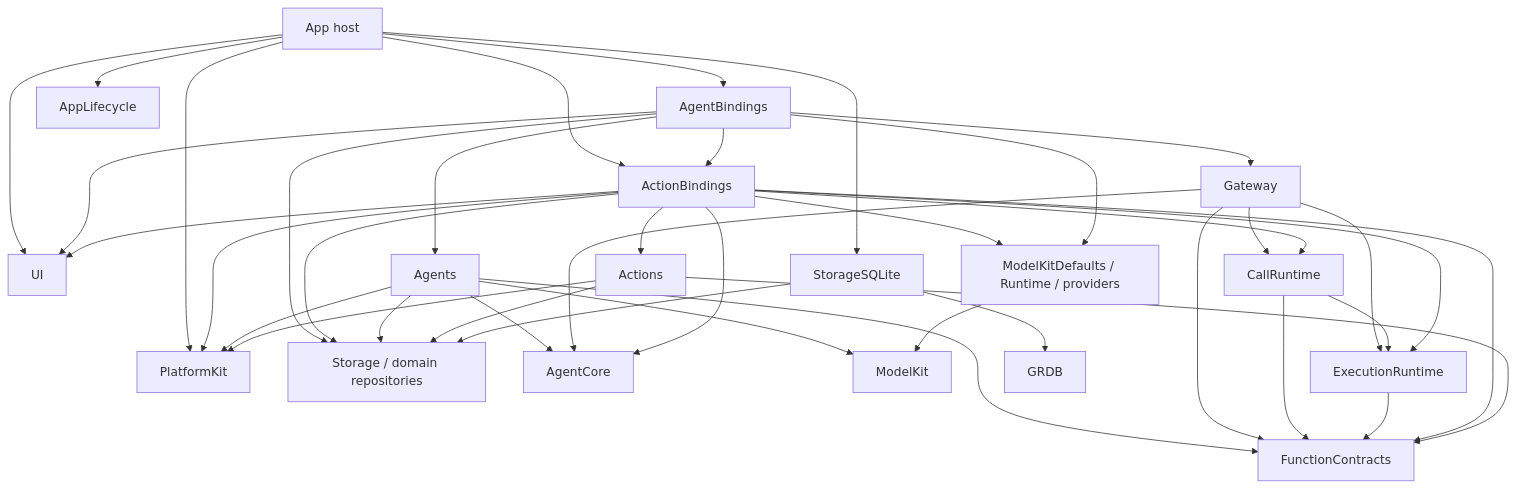
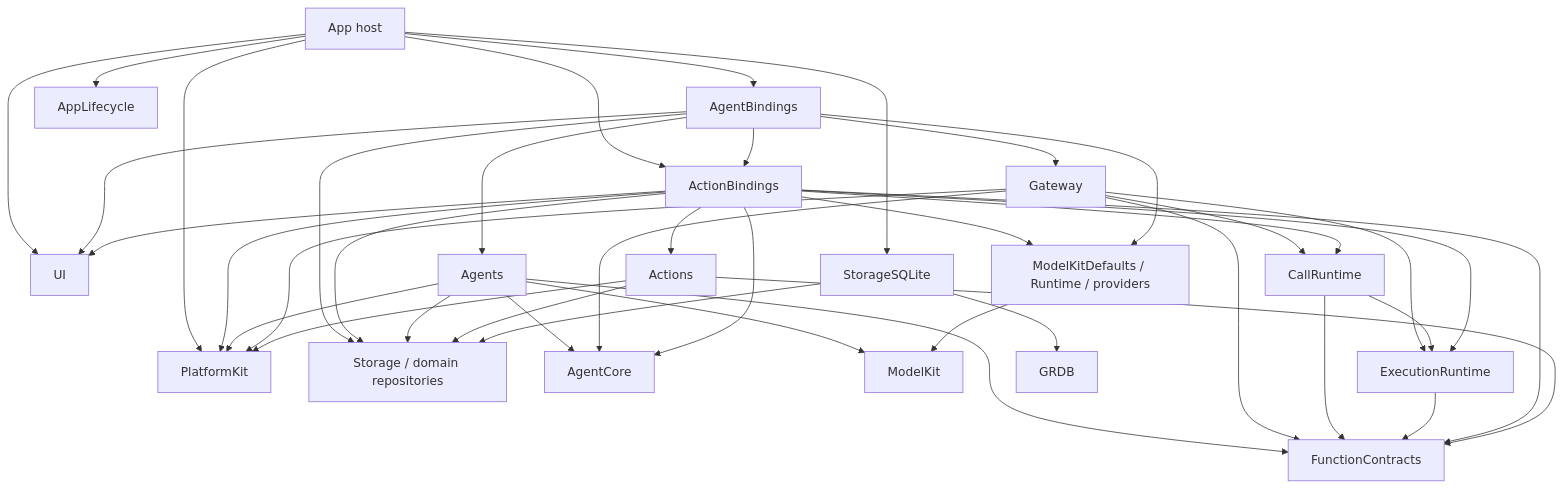
The third of 33 diagrams in MobileHarness/README.md (devilyouwei/MobileHarness), drawn with Mermaid before and after one commit. The commit also changed other lines of this file and 113 other files, not shown here.

````diff
--- a/MobileHarness/README.md
+++ b/MobileHarness/README.md
@@ -137,42 +139,43 @@
 ```mermaid
 flowchart TB
  App[App host] --> AgentBindings
  App --> ActionBindings
  App --> AppLifecycle
  App --> UI
  App --> PlatformKit
  App --> StorageSQLite
  AgentBindings --> Agents
  AgentBindings --> Gateway
  AgentBindings --> ActionBindings
  AgentBindings --> UI
  ActionBindings --> Actions
  ActionBindings --> UI
  ActionBindings --> PlatformKit
  ActionBindings --> Defaults[ModelKitDefaults / Runtime / providers]
  AgentBindings --> Defaults
  AgentBindings --> Stores[Storage / domain repositories]
  ActionBindings --> Stores
  Agents --> AgentCore
  Agents --> FunctionContracts
  Agents --> ModelKit
  Agents --> PlatformKit
  Agents --> Stores
+ Gateway --> PlatformKit
  Gateway --> AgentCore
  Gateway --> FunctionContracts
  Gateway --> ExecutionRuntime
  Gateway --> CallRuntime
  CallRuntime --> FunctionContracts
  CallRuntime --> ExecutionRuntime
  ExecutionRuntime --> FunctionContracts
  ActionBindings --> AgentCore
  ActionBindings --> FunctionContracts
  ActionBindings --> ExecutionRuntime
  ActionBindings --> CallRuntime
  Actions --> FunctionContracts
  Actions --> PlatformKit
  Actions --> Stores
  StorageSQLite --> Stores
  StorageSQLite --> GRDB
  Defaults --> ModelKit
 ```
````
